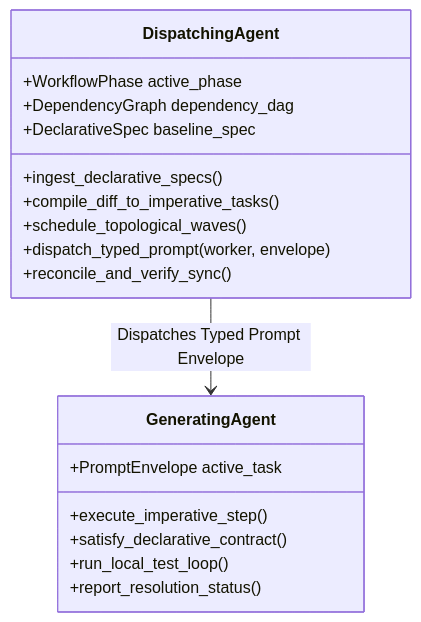
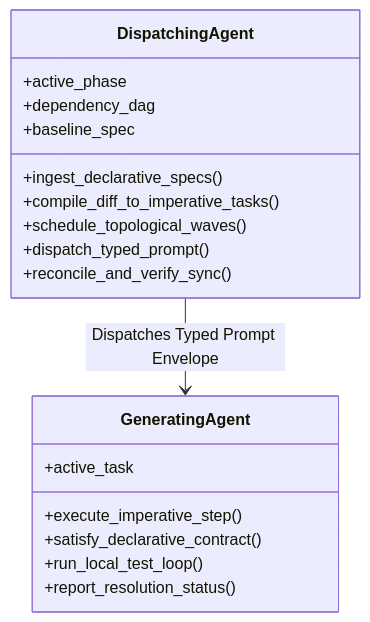
One commit to drhodes/libspec changed the second of 3 diagrams in docs/explanation/typed-prompts.md. Above: the diagram before and after it, drawn with Mermaid. The commit also changed other lines of this file and 6 other files, not shown here.

Commit message:
fix(docs): resolve mermaid 11 syntax errors across documentation diagrams

````diff
--- a/docs/explanation/typed-prompts.md
+++ b/docs/explanation/typed-prompts.md
@@ -72,23 +72,23 @@
 ```mermaid
 classDiagram
     class DispatchingAgent {
-        +WorkflowPhase active_phase
-        +DependencyGraph dependency_dag
-        +DeclarativeSpec baseline_spec
+        +active_phase
+        +dependency_dag
+        +baseline_spec
         +ingest_declarative_specs()
         +compile_diff_to_imperative_tasks()
         +schedule_topological_waves()
-        +dispatch_typed_prompt(worker, envelope)
+        +dispatch_typed_prompt()
         +reconcile_and_verify_sync()
     }
 
     class GeneratingAgent {
-        +PromptEnvelope active_task
+        +active_task
         +execute_imperative_step()
         +satisfy_declarative_contract()
         +run_local_test_loop()
         +report_resolution_status()
     }
 
     DispatchingAgent --> GeneratingAgent : Dispatches Typed Prompt Envelope
 ```
````
